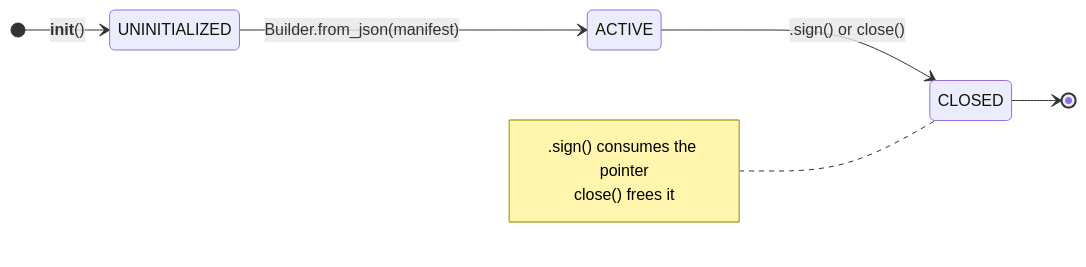
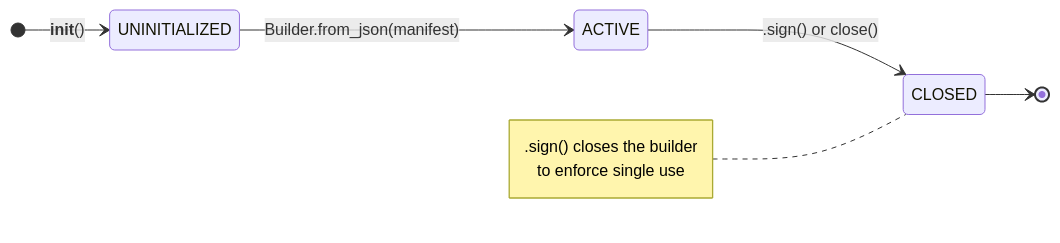
Before and after one commit to contentauth/c2pa-python: the fifth of 9 diagrams in docs/native-resources-management.md, drawn with Mermaid. The commit also changed other lines of this file and 7 other files, not shown here.

````diff
--- a/docs/native-resources-management.md
+++ b/docs/native-resources-management.md
@@ -213,13 +301,13 @@
 ```mermaid
 stateDiagram-v2
     direction LR
     [*] --> UNINITIALIZED : __init__()
     UNINITIALIZED --> ACTIVE : Builder.from_json(manifest)
     ACTIVE --> CLOSED : .sign() or close()
     CLOSED --> [*]
 
     note left of CLOSED
-        .sign() consumes the pointer
-        close() frees it
+        .sign() closes the builder
+        to enforce single use
     end note
 ```
````
